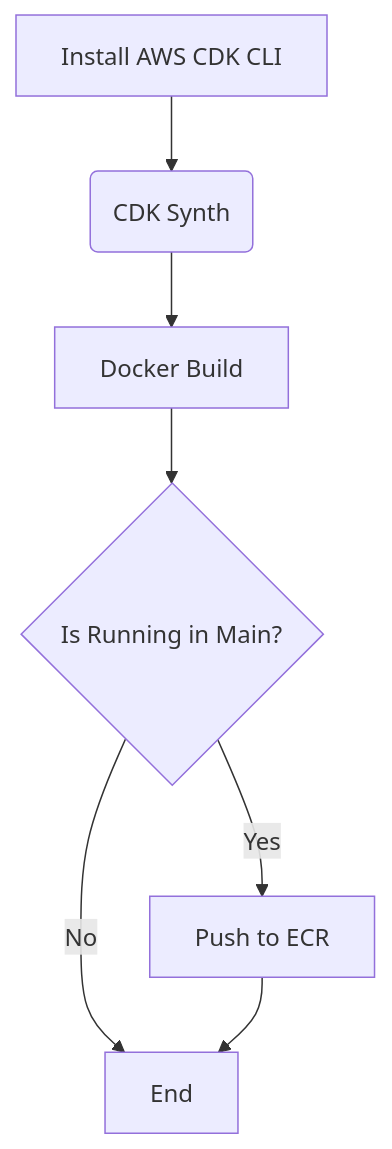
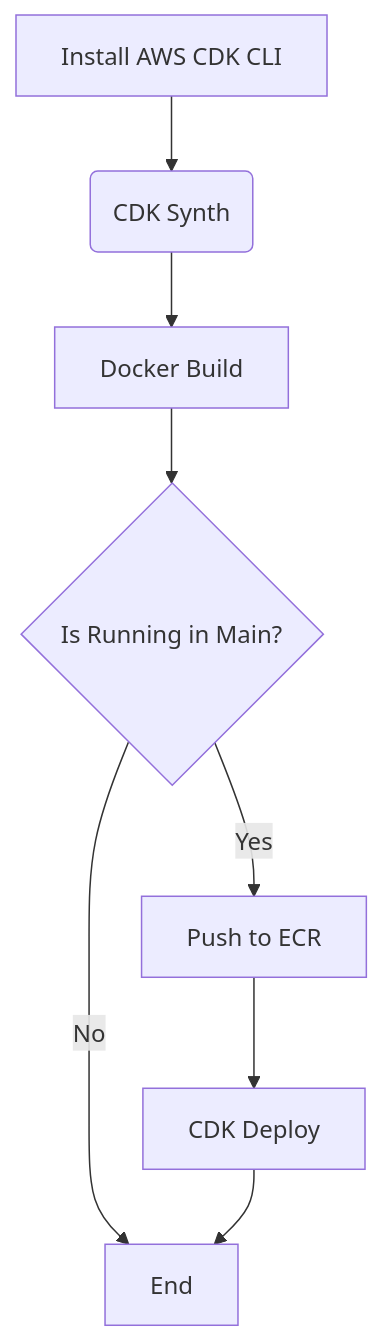
One commit to bervProject/SimplePasswordManagerService changed the diagram in README.md. Above: the diagram before and after it, drawn with Mermaid.

````diff
--- a/README.md
+++ b/README.md
@@ -17,9 +17,10 @@
 ```mermaid
 flowchart TD
     A[Install AWS CDK CLI] --> B(CDK Synth)
     B --> C[Docker Build]
     C --> D{Is Running in Main?}
     D -->|Yes| E[Push to ECR]
     D -->|No| F[End]
-    E --> F
+    E --> G[CDK Deploy]
+    G --> F
 ```
````
